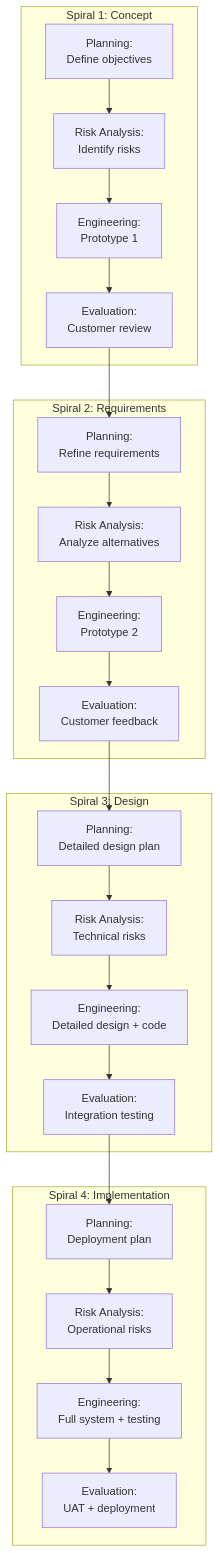
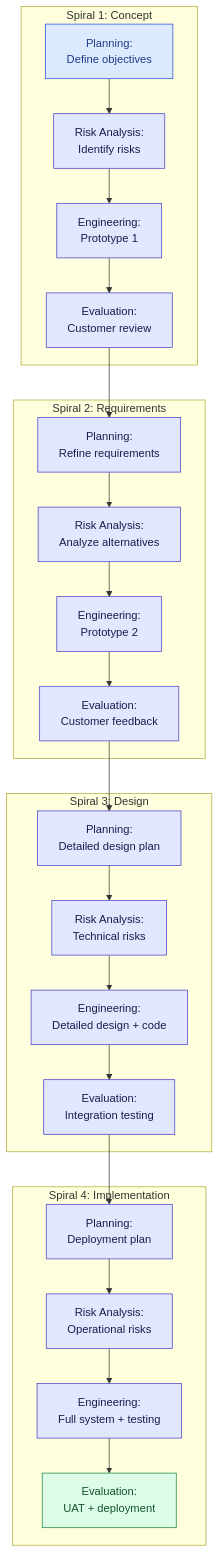
Before and after one commit to ghanendra-sdet/manual-testing-playbook: the fifth of 11 diagrams in Part_04_SDLC_Models.md, drawn with Mermaid. The commit also changed other lines of this file and 15 other files, not shown here.

Commit message:
Fix broken routes and anchors; update OWASP 2025, ISTQB v4.0, WCAG 2.2, Jira/Zephyr naming and pricing; style diagrams

````diff
--- a/Part_04_SDLC_Models.md
+++ b/Part_04_SDLC_Models.md
@@ -692,30 +699,39 @@
 ```mermaid
 flowchart TD
     subgraph Spiral1["Spiral 1: Concept"]
-        A1["Planning:\nDefine objectives"] --> A2["Risk Analysis:\nIdentify risks"]
-        A2 --> A3["Engineering:\nPrototype 1"]
-        A3 --> A4["Evaluation:\nCustomer review"]
+        A1["Planning:<br/>Define objectives"] --> A2["Risk Analysis:<br/>Identify risks"]
+        A2 --> A3["Engineering:<br/>Prototype 1"]
+        A3 --> A4["Evaluation:<br/>Customer review"]
     end
 
     subgraph Spiral2["Spiral 2: Requirements"]
-        B1["Planning:\nRefine requirements"] --> B2["Risk Analysis:\nAnalyze alternatives"]
-        B2 --> B3["Engineering:\nPrototype 2"]
-        B3 --> B4["Evaluation:\nCustomer feedback"]
+        B1["Planning:<br/>Refine requirements"] --> B2["Risk Analysis:<br/>Analyze alternatives"]
+        B2 --> B3["Engineering:<br/>Prototype 2"]
+        B3 --> B4["Evaluation:<br/>Customer feedback"]
     end
 
     subgraph Spiral3["Spiral 3: Design"]
-        C1["Planning:\nDetailed design plan"] --> C2["Risk Analysis:\nTechnical risks"]
-        C2 --> C3["Engineering:\nDetailed design + code"]
-        C3 --> C4["Evaluation:\nIntegration testing"]
+        C1["Planning:<br/>Detailed design plan"] --> C2["Risk Analysis:<br/>Technical risks"]
+        C2 --> C3["Engineering:<br/>Detailed design + code"]
+        C3 --> C4["Evaluation:<br/>Integration testing"]
     end
 
     subgraph Spiral4["Spiral 4: Implementation"]
-        D1["Planning:\nDeployment plan"] --> D2["Risk Analysis:\nOperational risks"]
-        D2 --> D3["Engineering:\nFull system + testing"]
-        D3 --> D4["Evaluation:\nUAT + deployment"]
+        D1["Planning:<br/>Deployment plan"] --> D2["Risk Analysis:<br/>Operational risks"]
+        D2 --> D3["Engineering:<br/>Full system + testing"]
+        D3 --> D4["Evaluation:<br/>UAT + deployment"]
     end
 
     A4 --> B1
     B4 --> C1
     C4 --> D1
+
+    classDef start fill:#dbeafe,stroke:#1d4ed8,color:#1e3a8a
+    classDef step fill:#e0e7ff,stroke:#4338ca,color:#1e1b4b
+    classDef decision fill:#fef3c7,stroke:#b45309,color:#78350f
+    classDef good fill:#dcfce7,stroke:#15803d,color:#14532d
+    classDef bad fill:#fee2e2,stroke:#b91c1c,color:#7f1d1d
+    class A1 start
+    class A2,A3,A4,B1,B2,B3,B4,C1,C2,C3,C4,D1,D2,D3 step
+    class D4 good
 ```
````
